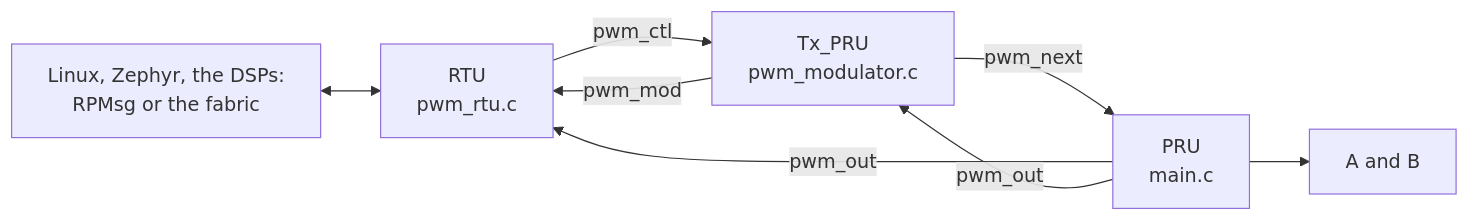
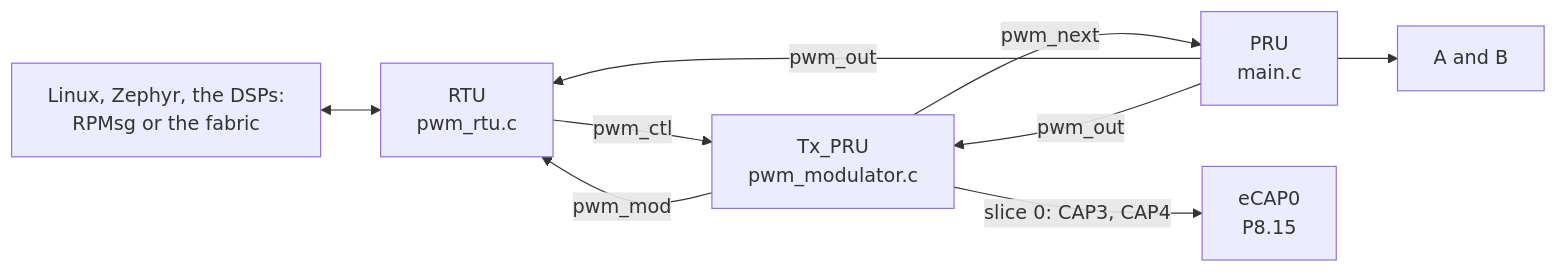
One commit to kevinacahalan/BeagleBoneAI64-linux-zephyr-pru-c7x-c66x-demo changed the diagram in pru/pwm/README.md. Above: the diagram before and after it, drawn with Mermaid. The commit also changed other lines of this file and 10 other files, not shown here.

First line of the commit message:
PWM: ICSSG0's eCAP0 in APWM mode on P8.15, a copy of slice 0's A

````diff
--- a/pru/pwm/README.md
+++ b/pru/pwm/README.md
@@ -12,10 +13,11 @@
 ```mermaid
 flowchart LR
   soc["Linux, Zephyr, the DSPs:<br/>RPMsg or the fabric"] <--> rtu["RTU<br/>pwm_rtu.c"]
   rtu -->|"pwm_ctl"| tx["Tx_PRU<br/>pwm_modulator.c"]
   tx -->|"pwm_next"| pru["PRU<br/>main.c"]
   pru -->|"pwm_out"| rtu
   pru -->|"pwm_out"| tx
   tx -->|"pwm_mod"| rtu
   pru --> pins["A and B"]
+  tx -->|"slice 0: CAP3, CAP4"| ecap["eCAP0<br/>P8.15"]
 ```
````
